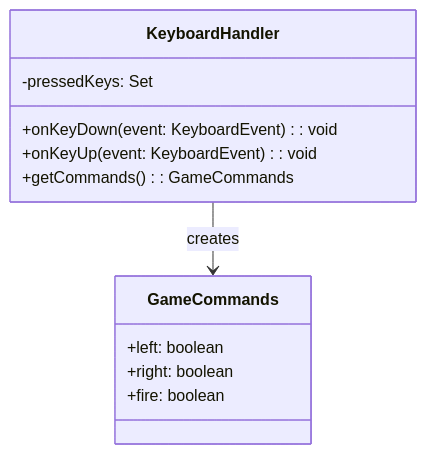
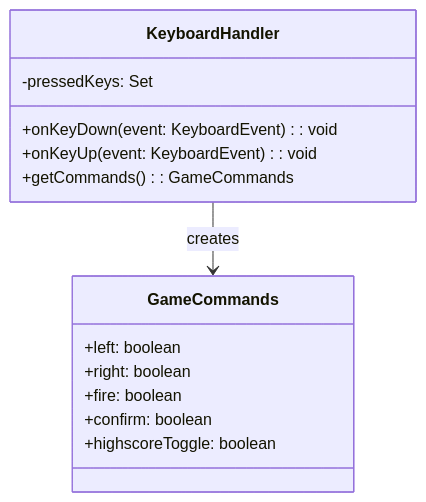
One commit to akmaier/AlienInvasion changed the diagram in docs/architecture/MOD-input.md. Above: the diagram before and after it, drawn with Mermaid. The commit also changed other lines of this file and 3 other files, not shown here.

````diff
--- a/docs/architecture/MOD-input.md
+++ b/docs/architecture/MOD-input.md
@@ -56,15 +60,17 @@
 ```mermaid
 classDiagram
     class KeyboardHandler {
         -pressedKeys: Set<string>
         +onKeyDown(event: KeyboardEvent): void
         +onKeyUp(event: KeyboardEvent): void
         +getCommands(): GameCommands
     }
     class GameCommands {
         +left: boolean
         +right: boolean
         +fire: boolean
+        +confirm: boolean
+        +highscoreToggle: boolean
     }
     KeyboardHandler --> GameCommands: creates
 ```
````
